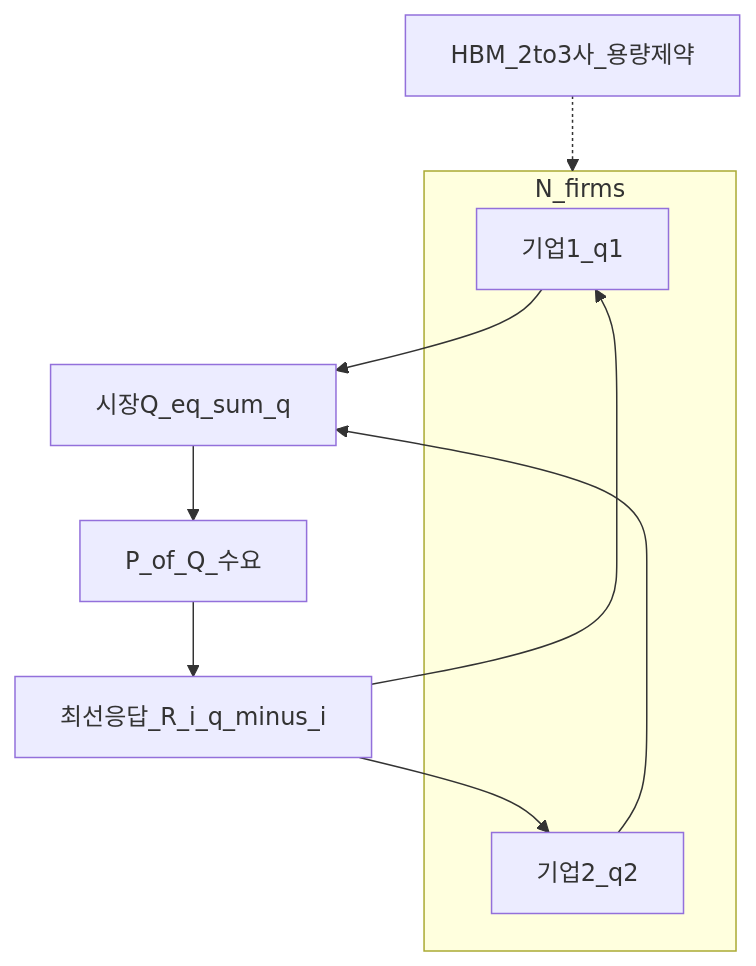
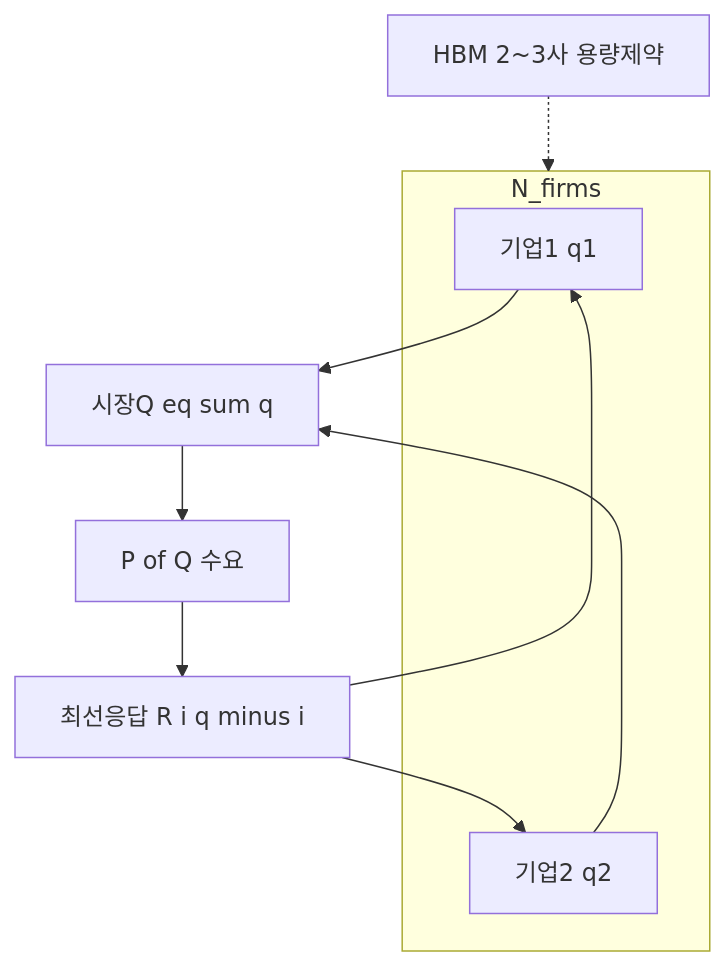
Before and after one commit to goldanghenry/Finances: the third of 5 diagrams in 02-economics/micro-03-market-structures-io.md, drawn with Mermaid. The commit also changed other lines of this file and 211 other files, not shown here.

````diff
--- a/02-economics/micro-03-market-structures-io.md
+++ b/02-economics/micro-03-market-structures-io.md
@@ -129,17 +145,17 @@
 ```mermaid
 flowchart TB
   subgraph firms [N_firms]
-    F1[기업1_q1]
-    F2[기업2_q2]
+    F1["기업1 q1"]
+    F2["기업2 q2"]
   end
-  Q[시장Q_eq_sum_q]
-  P[P_of_Q_수요]
-  BR[최선응답_R_i_q_minus_i]
+  Q["시장Q eq sum q"]
+  P["P of Q 수요"]
+  BR["최선응답 R i q minus i"]
   F1 --> Q
   F2 --> Q
   Q --> P
   P --> BR
   BR --> F1
   BR --> F2
-  HBM[HBM_2to3사_용량제약] -.-> firms
+  HBM["HBM 2~3사 용량제약"] -.-> firms
 ```
````
